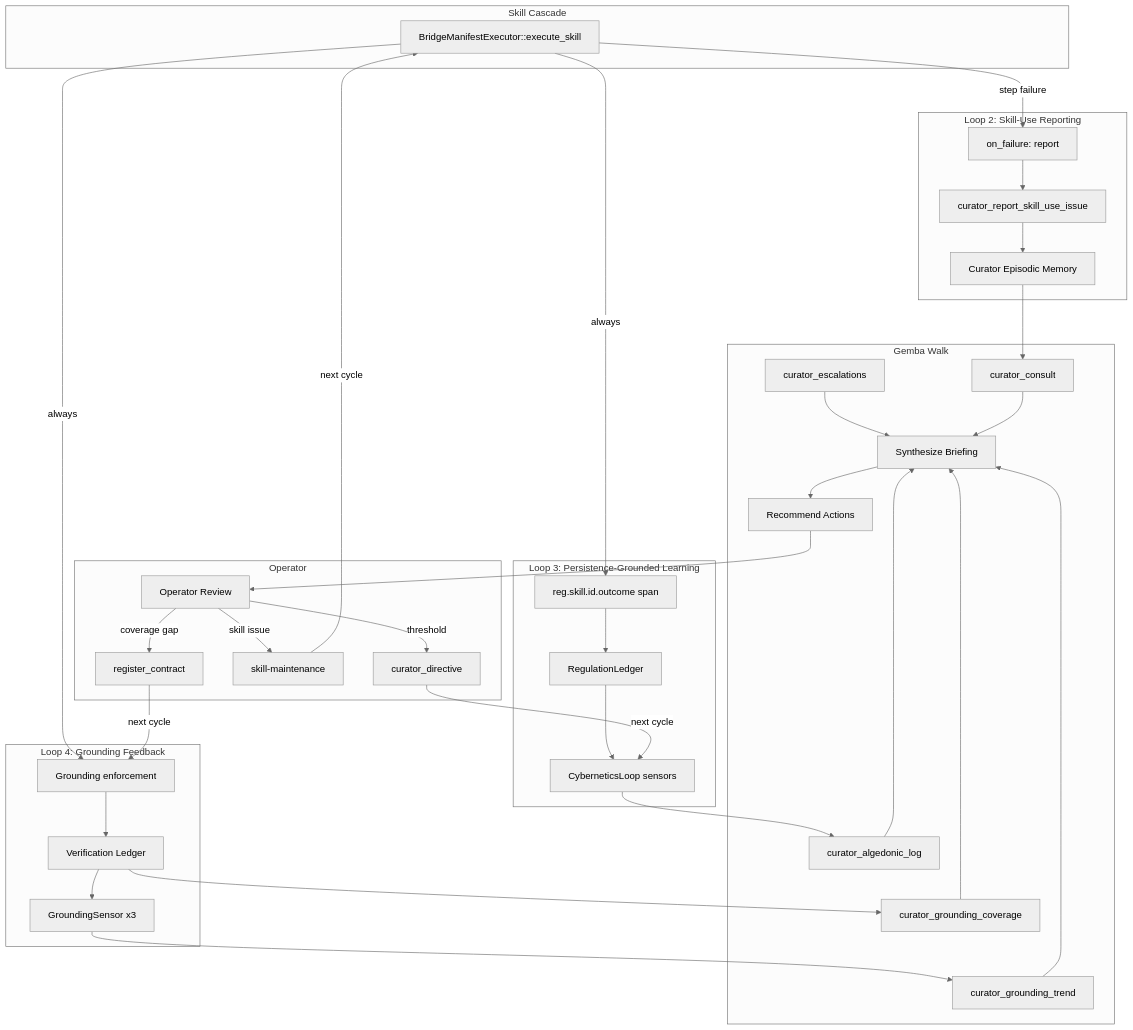
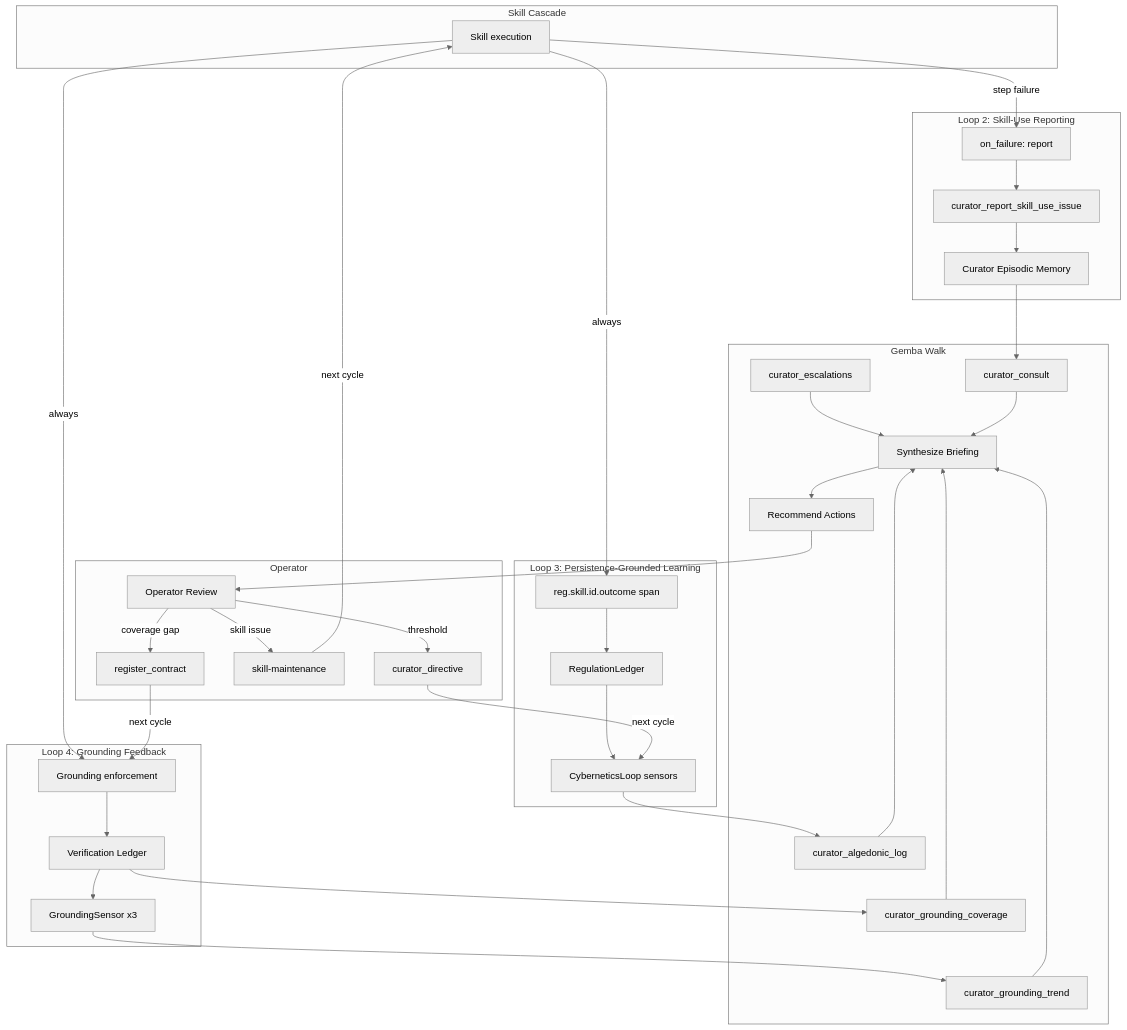
One commit to mdz-axo/zed-kask changed the diagram in kask/docs/plans/skill-mcp-coevolution.md. Above: the diagram before and after it, drawn with Mermaid (neutral theme). The commit also changed other lines of this file and 18 other files, not shown here.

````diff
--- a/kask/docs/plans/skill-mcp-coevolution.md
+++ b/kask/docs/plans/skill-mcp-coevolution.md
@@ -207,75 +208,75 @@
 ```mermaid
 graph TD
     subgraph "Skill Cascade"
-        SC[BridgeManifestExecutor::execute_skill]
+        SC[Skill execution]
     end
 
     subgraph "Loop 2: Skill-Use Reporting"
         OF[on_failure: report]
         CRSI[curator_report_skill_use_issue]
         CM[Curator Episodic Memory]
     end
 
     subgraph "Loop 3: Persistence-Grounded Learning"
         RS[reg.skill.id.outcome span]
         RL[RegulationLedger]
         CLS[CyberneticsLoop sensors]
     end
 
     subgraph "Loop 4: Grounding Feedback"
         EFA[Grounding enforcement]
         VL[Verification Ledger]
         GS[GroundingSensor x3]
     end
 
     subgraph "Gemba Walk"
         CA[curator_algedonic_log]
         CE[curator_escalations]
         CC[curator_consult]
         CGT[curator_grounding_trend]
         CGC[curator_grounding_coverage]
         SB[Synthesize Briefing]
         RA[Recommend Actions]
     end
 
     subgraph "Operator"
         OP[Operator Review]
         RC[register_contract]
         SM[skill-maintenance]
         CD[curator_directive]
     end
 
     SC -->|step failure| OF
     OF --> CRSI
     CRSI --> CM
 
     SC -->|always| RS
     RS --> RL
     RL --> CLS
 
     SC -->|always| EFA
     EFA --> VL
     VL --> GS
 
     CM --> CC
     CLS --> CA
     GS --> CGT
     VL --> CGC
 
     CA --> SB
     CE --> SB
     CC --> SB
     CGT --> SB
     CGC --> SB
 
     SB --> RA
     RA --> OP
 
     OP -->|coverage gap| RC
     OP -->|skill issue| SM
     OP -->|threshold| CD
 
     RC -->|next cycle| EFA
     SM -->|next cycle| SC
     CD -->|next cycle| CLS
 ```
````
